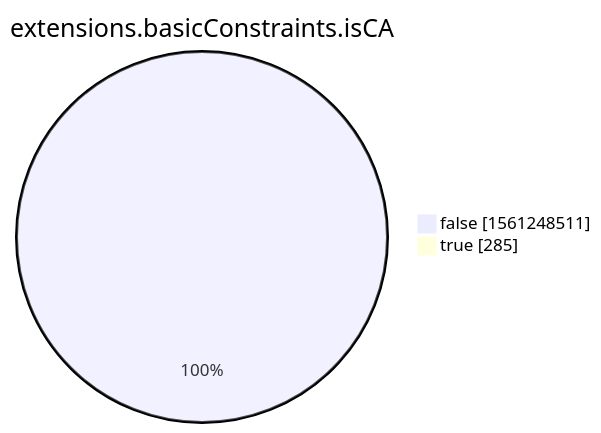
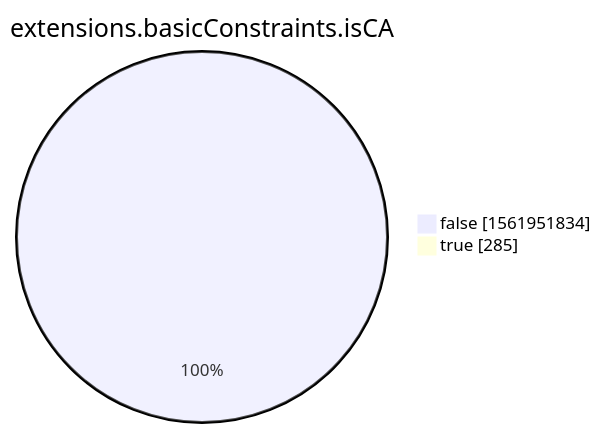
One commit to christiankrug/ctmonitor_visualization changed the eighth of 15 diagrams in xenon2022/README.md. Above: the diagram before and after it, drawn with Mermaid. The commit also changed other lines of this file, not shown here.

````diff
--- a/xenon2022/README.md
+++ b/xenon2022/README.md
@@ -2860,6 +2860,6 @@
 ```mermaid
 pie showData
 title extensions.basicConstraints.isCA
-"false" :1561248511
+"false" :1561951834
 "true" :285
 ```
````
